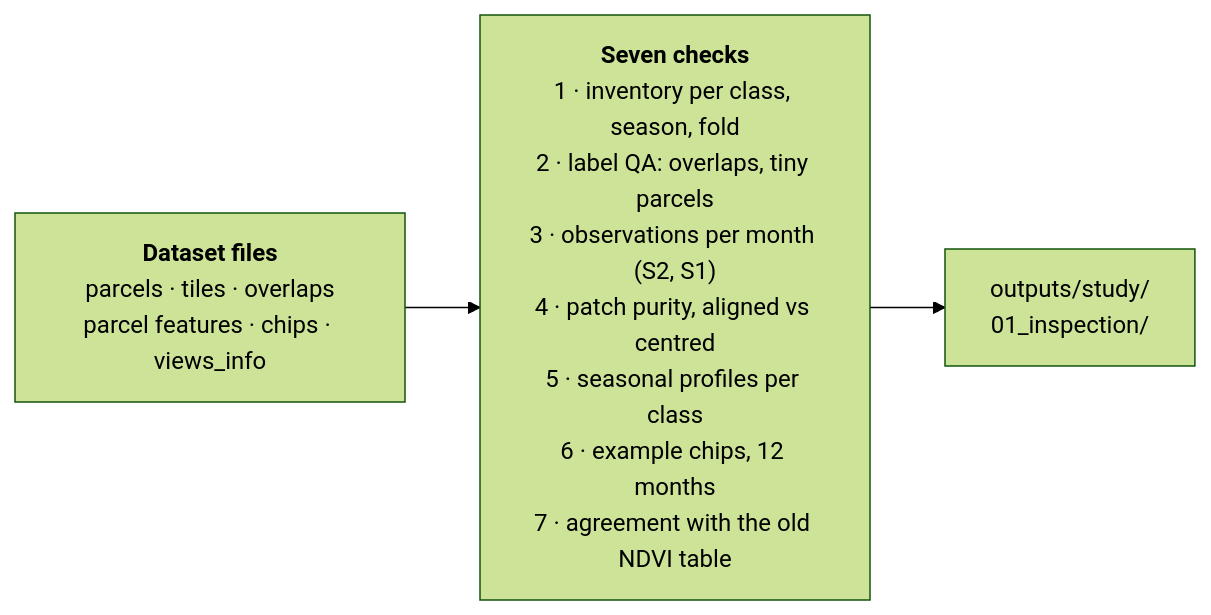
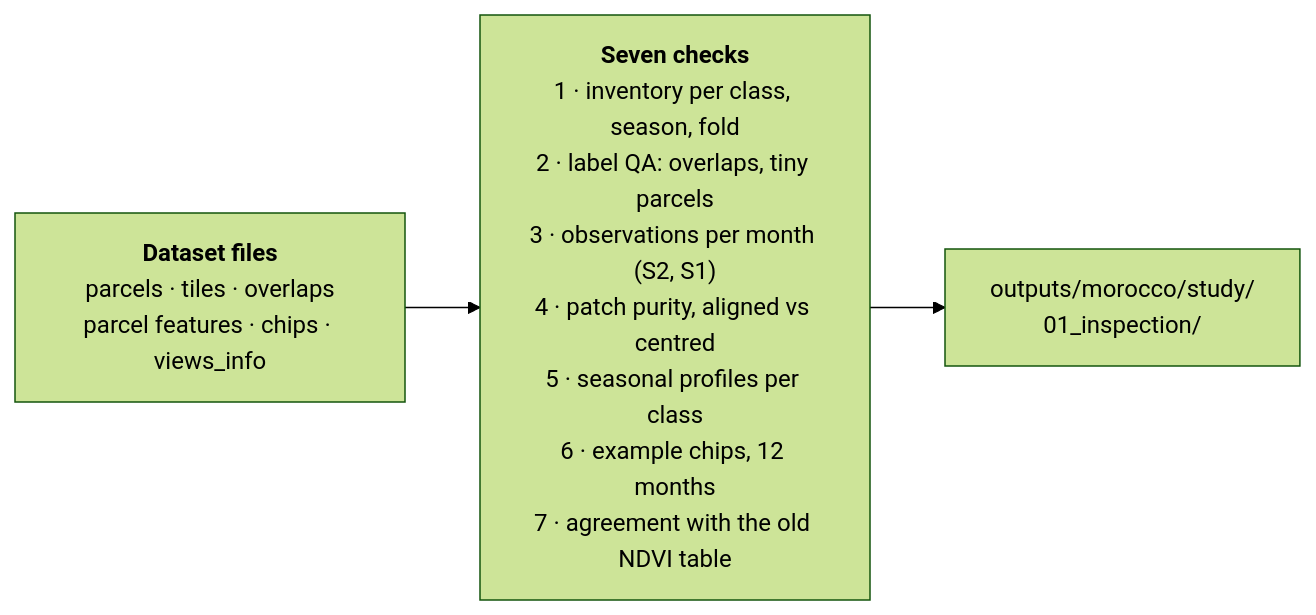
The third of 8 diagrams in docs/phase2_models/frozen_encoders.md (amanchry/irrimapping-geofm), drawn with Mermaid (forest theme) before and after one commit. The commit also changed other lines of this file and 60 other files, not shown here.

````diff
--- a/docs/phase2_models/frozen_encoders.md
+++ b/docs/phase2_models/frozen_encoders.md
@@ -101,5 +101,5 @@
 ```mermaid
 flowchart LR
     IN["<b>Dataset files</b><br/>parcels · tiles · overlaps<br/>parcel features · chips · views_info"] --> S["<b>Seven checks</b><br/>1 · inventory per class, season, fold<br/>2 · label QA: overlaps, tiny parcels<br/>3 · observations per month (S2, S1)<br/>4 · patch purity, aligned vs centred<br/>5 · seasonal profiles per class<br/>6 · example chips, 12 months<br/>7 · agreement with the old NDVI table"]
-    S --> OUT["outputs/study/<br/>01_inspection/"]
+    S --> OUT["outputs/morocco/study/<br/>01_inspection/"]
 ```
````
